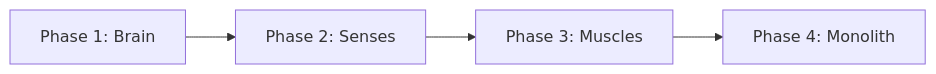
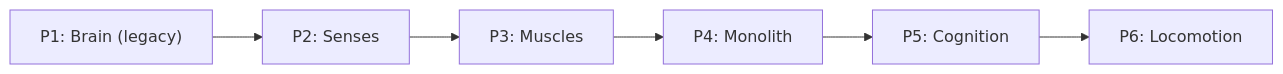
Before and after one commit to zabbix-byte/real-tars: the second of 3 diagrams in README.md, drawn with Mermaid. The commit also changed other lines of this file and 26 other files, not shown here.

````diff
--- a/README.md
+++ b/README.md
@@ -59,6 +68,8 @@
 ```mermaid
 graph LR
-    P1["Phase 1: Brain"] --> P2["Phase 2: Senses"]
-    P2 --> P3["Phase 3: Muscles"]
-    P3 --> P4["Phase 4: Monolith"]
+    P1["P1: Brain (legacy)"] --> P2["P2: Senses"]
+    P2 --> P3["P3: Muscles"]
+    P3 --> P4["P4: Monolith"]
+    P4 --> P5["P5: Cognition"]
+    P5 --> P6["P6: Locomotion"]
 ```
````
